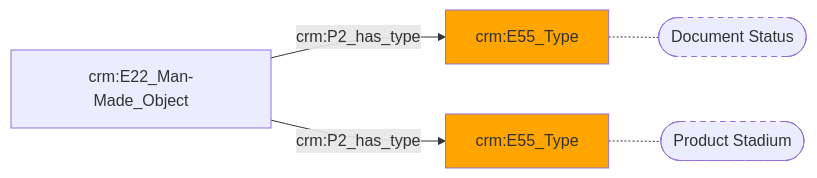
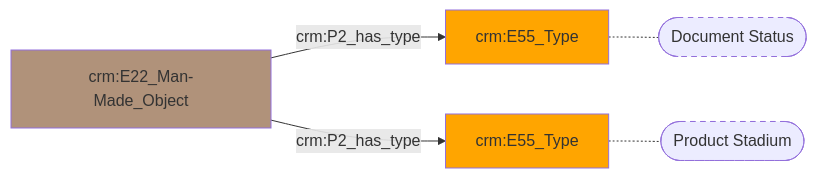
Before and after one commit to digipolisantwerpdocumentation/antwerp-cultureel-erfgoed: the diagram in docs/content/modellen/ArchiefItemMaterieel/Objectstatus.md, drawn with Mermaid. The commit also changed 32 other files, not shown here.

````diff
--- a/docs/content/modellen/ArchiefItemMaterieel/Objectstatus.md
+++ b/docs/content/modellen/ArchiefItemMaterieel/Objectstatus.md
@@ -1,11 +1,12 @@
 ```mermaid
 graph LR
+d1dd96e0-a5fe-11ec-b19f-9cf387da2c40["crm:E22_Man-Made_Object"]-->|"crm:P2_has_type"|d1dd3f56-a5fe-11ec-b19f-9cf387da2c40["crm:E55_Type"]
+d1dd96e0-a5fe-11ec-b19f-9cf387da2c40["crm:E22_Man-Made_Object"]-->|"crm:P2_has_type"|d1dd7caa-a5fe-11ec-b19f-9cf387da2c40["crm:E55_Type"]
 d1dd3f56-a5fe-11ec-b19f-9cf387da2c40["crm:E55_Type"]-.-d1dd3f56-a5fe-11ec-b19f-9cf387da2c40_s(["Document Status"])
 d1dd7caa-a5fe-11ec-b19f-9cf387da2c40["crm:E55_Type"]-.-d1dd7caa-a5fe-11ec-b19f-9cf387da2c40_s(["Product Stadium"])
-d1dd96e0-a5fe-11ec-b19f-9cf387da2c40["crm:E22_Man-Made_Object"]-->|"crm:P2_has_type"|d1dd3f56-a5fe-11ec-b19f-9cf387da2c40["crm:E55_Type"]
-d1dd96e0-a5fe-11ec-b19f-9cf387da2c40["crm:E22_Man-Made_Object"]-->|"crm:P2_has_type"|d1dd7caa-a5fe-11ec-b19f-9cf387da2c40["crm:E55_Type"]
+style d1dd3f56-a5fe-11ec-b19f-9cf387da2c40_s stroke-dasharray: 5
+style d1dd7caa-a5fe-11ec-b19f-9cf387da2c40_s stroke-dasharray: 5
 style d1dd3f56-a5fe-11ec-b19f-9cf387da2c40 fill:#ffa500
 style d1dd7caa-a5fe-11ec-b19f-9cf387da2c40 fill:#ffa500
-style d1dd3f56-a5fe-11ec-b19f-9cf387da2c40_s stroke-dasharray: 5
-style d1dd7caa-a5fe-11ec-b19f-9cf387da2c40_s stroke-dasharray: 5
+style d1dd96e0-a5fe-11ec-b19f-9cf387da2c40 fill:#B0927A
 ```
````
